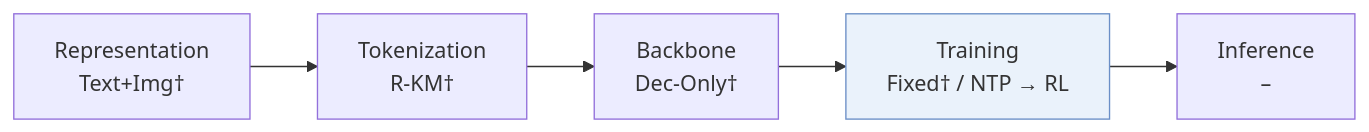
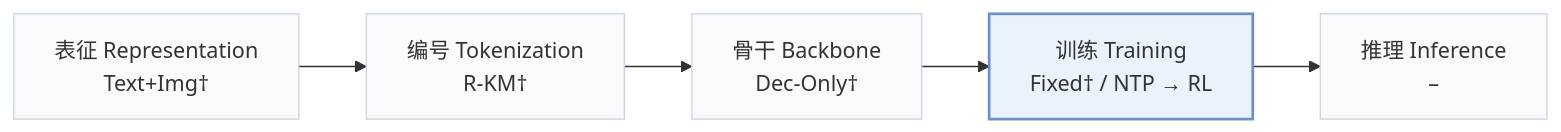
Before and after one commit to Galaxy-ghost/Awesome-SID-Generative-Rec: the first of 2 diagrams in pages/zh/papers/sage-sid.md, drawn with Mermaid. The commit also changed other lines of this file and 649 other files, not shown here.

Commit message:
writer-05: also tags and modality index (schema, check, build, visuals); summary field removed; calibration data for 12 papers

````diff
--- a/pages/zh/papers/sage-sid.md
+++ b/pages/zh/papers/sage-sid.md
@@ -13,6 +15,8 @@
 ```mermaid
 flowchart LR
-    R["Representation<br/>Text+Img†"] --> T["Tokenization<br/>R-KM†"] --> B["Backbone<br/>Dec-Only†"] --> TR["Training<br/>Fixed† / NTP → RL"] --> I["Inference<br/>–"]
-    classDef main fill:#eaf2fb,stroke:#6b8fc7
+    R["表征 Representation<br/>Text+Img†"] --> T["编号 Tokenization<br/>R-KM†"] --> B["骨干 Backbone<br/>Dec-Only†"] --> TR["训练 Training<br/>Fixed† / NTP → RL"] --> I["推理 Inference<br/>–"]
+    classDef base fill:#f8fafc,stroke:#cbd5e1
+    class R,T,B,TR,I base
+    classDef main fill:#eaf2fb,stroke:#6b8fc7,stroke-width:2px
     class TR main
 ```
````
